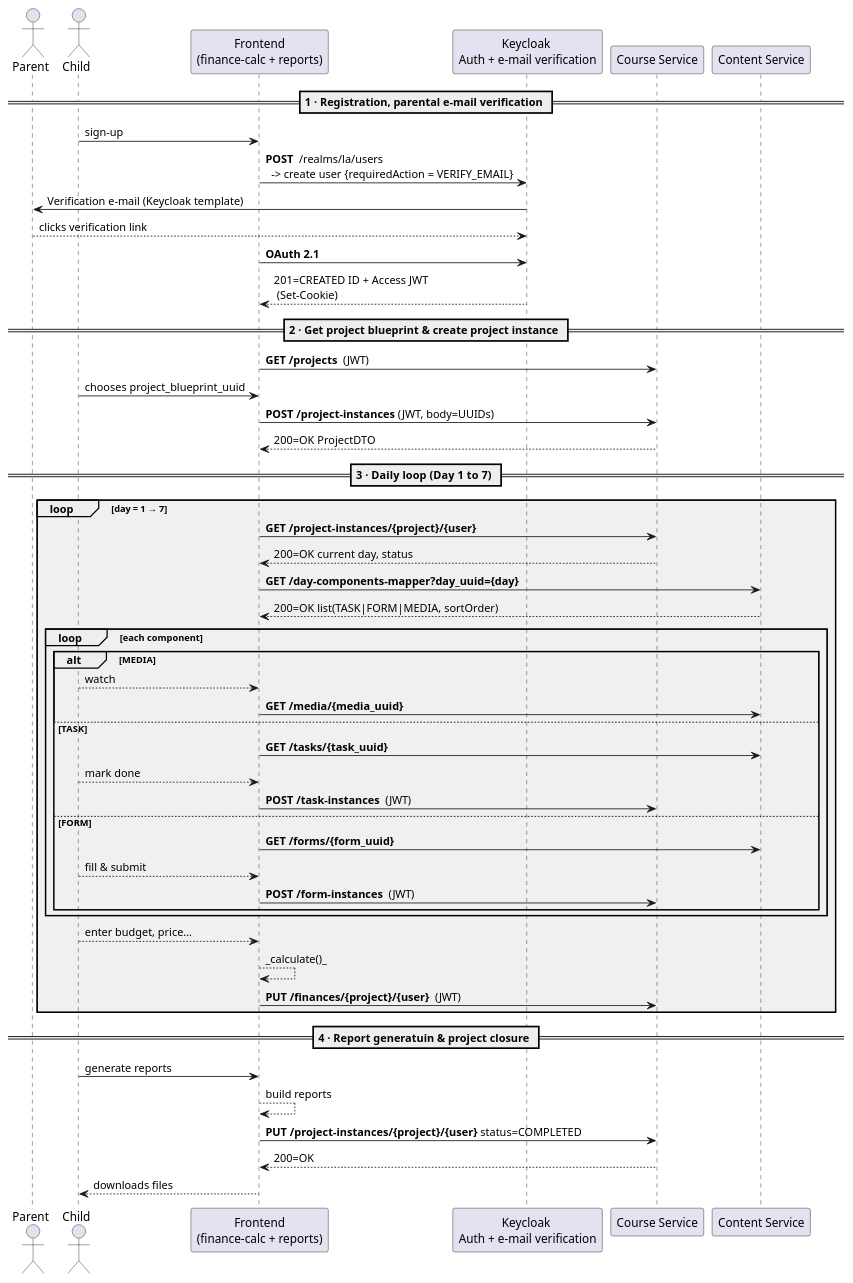
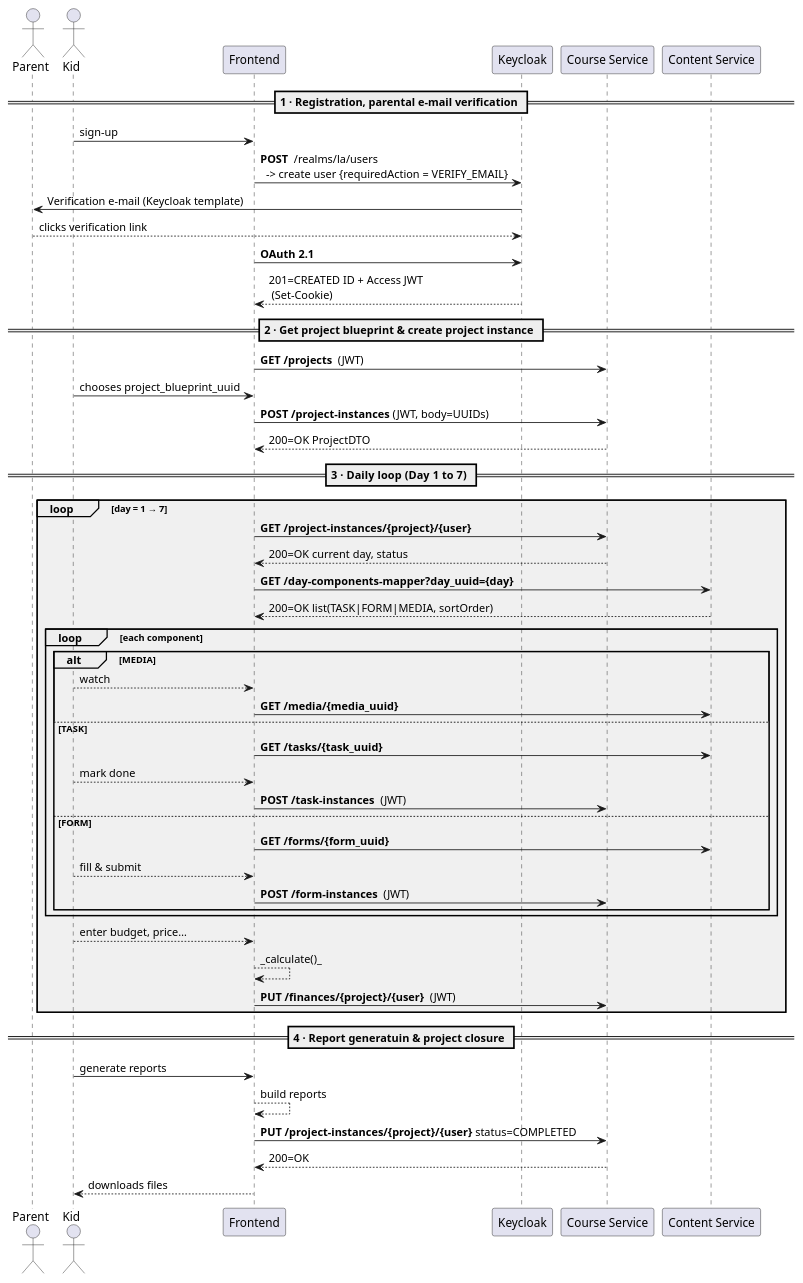
Before and after one commit to dmr4eg/la-infrastructure: the diagram in docs/design/sequence-diagram/sequence-diag.plantuml, drawn with PlantUML.

```diff
--- a/docs/design/sequence-diagram/sequence-diag.plantuml
+++ b/docs/design/sequence-diagram/sequence-diag.plantuml
@@ -1,73 +1,73 @@
 @startuml
 
 skinparam package {
     FontSize 16
     FontStyle bold
     BackgroundColor #F0F0F0
 }
 
 actor Parent
-actor Child
+actor Kid
 
-participant "Frontend\n(finance-calc + reports)"      as FE
-participant "Keycloak \nAuth + e-mail verification"    as KC
+participant "Frontend"      as FE
+participant "Keycloak"    as KC
 participant "Course Service"  as COURSE
 participant "Content Service" as CONTENT
 
 == 1 · Registration, parental e-mail verification ==
-Child  -> FE     : sign-up 
+Kid  -> FE     : sign-up 
 FE     -> KC     : **POST**  /realms/la/users\n  -> create user {requiredAction = VERIFY_EMAIL}
 KC     -> Parent : Verification e-mail (Keycloak template)
 Parent --> KC    : clicks verification link 
 FE     -> KC     : **OAuth 2.1** 
 KC     --> FE    : 201=CREATED ID + Access JWT  \n (Set-Cookie)
 
 
 == 2 · Get project blueprint & create project instance ==
 FE     -> COURSE : **GET /projects**  (JWT)
-Child  -> FE     : chooses project_blueprint_uuid
+Kid  -> FE     : chooses project_blueprint_uuid
 FE     -> COURSE : **POST /project-instances** (JWT, body=UUIDs)
 COURSE --> FE    : 200=OK ProjectDTO 
 
 == 3 · Daily loop  (Day 1 to 7) ==
 loop day = 1 → 7
   ' 3.1 progress/meta
   FE  -> COURSE  : **GET /project-instances/{project}/{user}**
   COURSE--> FE   : 200=OK current day, status
 
   ' 3.2 teaching content
   FE  -> CONTENT : **GET /day-components-mapper?day_uuid={day}**
   CONTENT --> FE : 200=OK list(TASK|FORM|MEDIA, sortOrder)
 
   ' 3.3 execute components
   loop each component
     alt MEDIA
-      Child --> FE  : watch 
+      Kid --> FE  : watch 
       FE -> CONTENT : **GET /media/{media_uuid}**
     else TASK
       FE -> CONTENT : **GET /tasks/{task_uuid}**
-      Child --> FE  : mark done
+      Kid --> FE  : mark done
       FE -> COURSE  : **POST /task-instances**  (JWT)
     else FORM
       FE -> CONTENT : **GET /forms/{form_uuid}**
-      Child --> FE  : fill & submit
+      Kid --> FE  : fill & submit
       FE -> COURSE  : **POST /form-instances**  (JWT)
     end
   end
 
   ' 3.4 client-side finance
-  Child --> FE : enter budget, price…
+  Kid --> FE : enter budget, price…
   FE    --> FE : _calculate()_  
   FE    -> COURSE : **PUT /finances/{project}/{user}**  (JWT)
 
 
 end
 
 == 4 · Report generatuin & project closure ==
-Child -> FE     : generate reports
+Kid -> FE     : generate reports
 FE    --> FE    : build reports
 FE    -> COURSE : **PUT /project-instances/{project}/{user}** status=COMPLETED
 COURSE--> FE    : 200=OK
-Child <-- FE    : downloads files
+Kid <-- FE    : downloads files
 
 @enduml
```
